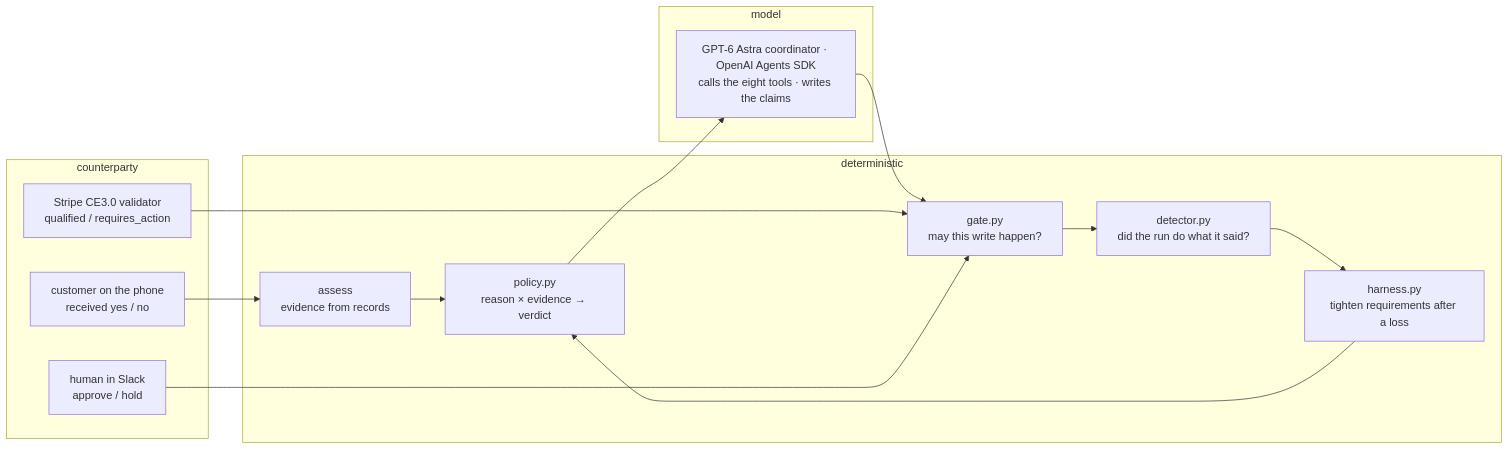
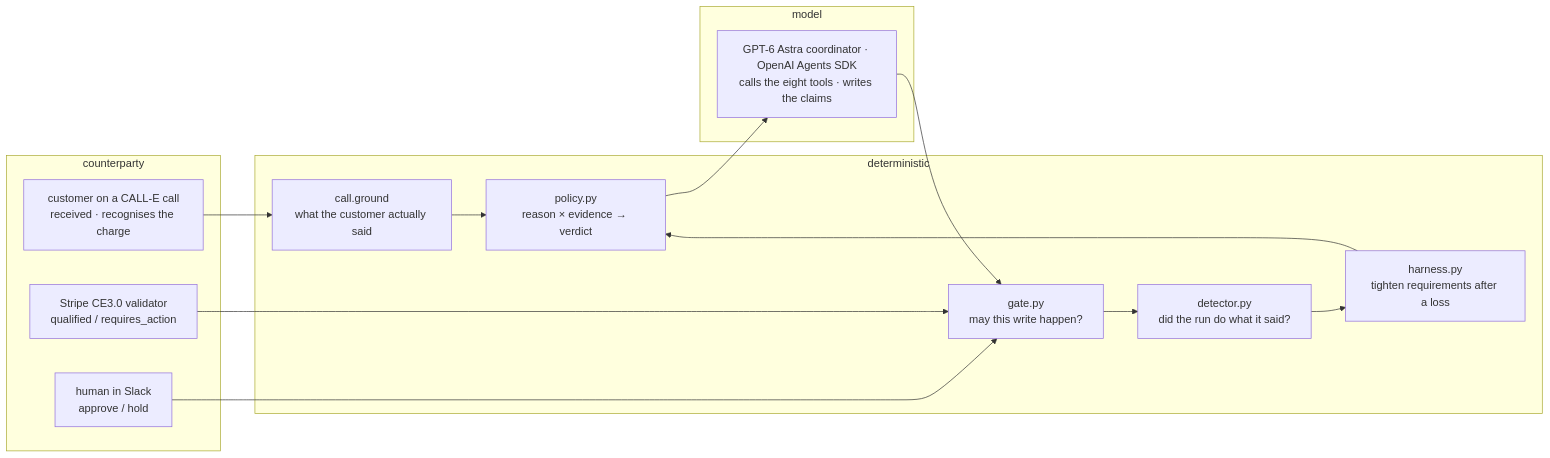
Before and after one commit to N-45div/Rebuttal: the fourth of 5 diagrams in ARCHITECTURE.md, drawn with Mermaid. The commit also changed other lines of this file, not shown here.

Commit message:
docs: call sequence diagram and the thirteen gate rules

````diff
--- a/ARCHITECTURE.md
+++ b/ARCHITECTURE.md
@@ -74,23 +110,22 @@
 ```mermaid
 flowchart LR
     subgraph deterministic
         P[policy.py<br/>reason × evidence → verdict]
-        AS[assess<br/>evidence from records]
+        GR[call.ground<br/>what the customer actually said]
         GT[gate.py<br/>may this write happen?]
         DT[detector.py<br/>did the run do what it said?]
         HS[harness.py<br/>tighten requirements after a loss]
     end
     subgraph model
         M[GPT-6 Astra coordinator · OpenAI Agents SDK<br/>calls the eight tools · writes the claims]
     end
     subgraph counterparty
+        CU[customer on a CALL-E call<br/>received · recognises the charge]
         CE[Stripe CE3.0 validator<br/>qualified / requires_action]
-        CU[customer on the phone<br/>received yes / no]
         HU[human in Slack<br/>approve / hold]
     end
-    AS --> P --> M --> GT
+    CU --> GR --> P --> M --> GT
     CE --> GT
-    CU --> AS
     HU --> GT
     GT --> DT --> HS --> P
 ```
````
